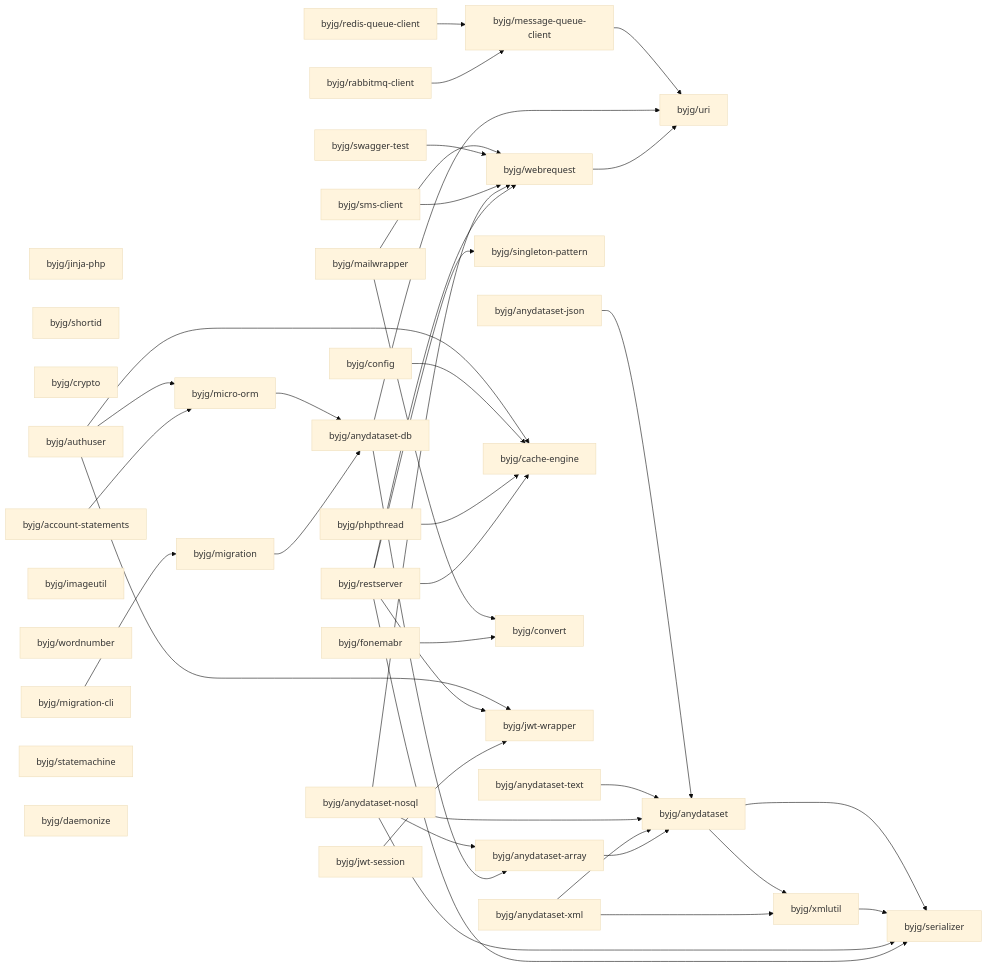
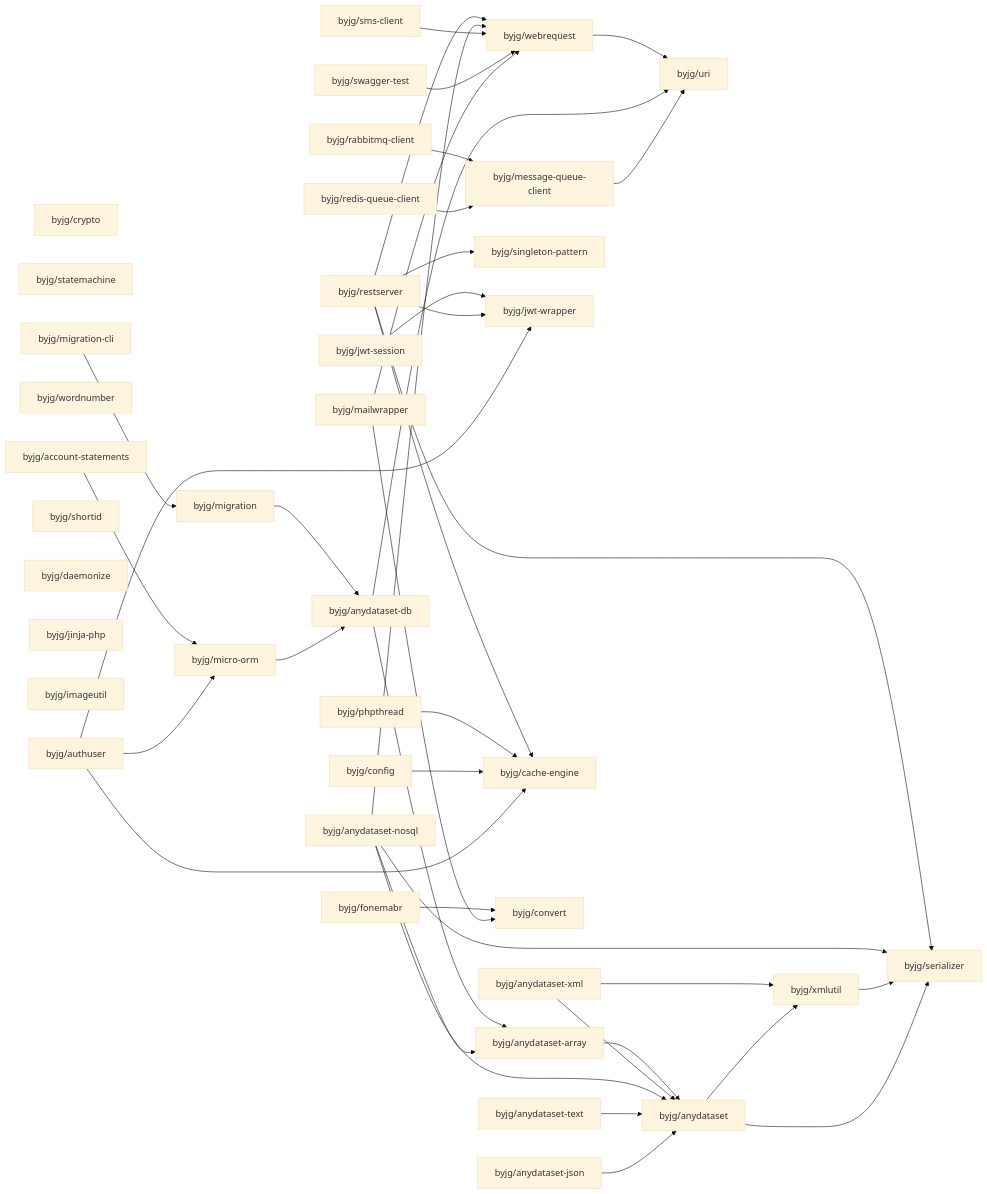
Before and after one commit to byjg/byjg.github.io: the diagram in docs/php/README.md, drawn with Mermaid (base theme). The commit also changed other lines of this file and 5 other files, not shown here.

````diff
--- a/docs/php/README.md
+++ b/docs/php/README.md
@@ -3,79 +3,79 @@
 ```mermaid
 graph LR;
-  byjg/sms-client;
+  byjg/anydataset-json;
+  byjg/rabbitmq-client;
+  byjg/anydataset-nosql;
+  byjg/config;
+  byjg/anydataset-text;
+  byjg/crypto;
+  byjg/statemachine;
+  byjg/anydataset-xml;
+  byjg/authuser;
+  byjg/wordnumber;
+  byjg/account-statements;
+  byjg/shortid;
+  byjg/jwt-session;
   byjg/restserver;
-  byjg/anydataset-json;
-  byjg/anydataset-text;
+  byjg/daemonize;
+  byjg/swagger-test;
   byjg/jinja-php;
-  byjg/shortid;
-  byjg/swagger-test;
-  byjg/rabbitmq-client;
-  byjg/crypto;
+  byjg/imageutil;
   byjg/fonemabr;
   byjg/redis-queue-client;
+  byjg/sms-client;
   byjg/phpthread;
+  byjg/mailwrapper;
   byjg/migration-cli;
-  byjg/authuser;
-  byjg/imageutil;
-  byjg/config;
-  byjg/wordnumber;
-  byjg/account-statements;
-  byjg/mailwrapper;
-  byjg/jwt-session;
-  byjg/statemachine;
-  byjg/anydataset-xml;
-  byjg/anydataset-nosql;
-  byjg/daemonize;
+  byjg/micro-orm;
   byjg/singleton-pattern;
+  byjg/jwt-wrapper;
   byjg/message-queue-client;
+  byjg/cache-engine;
+  byjg/convert;
+  byjg/webrequest;
   byjg/migration;
-  byjg/cache-engine;
-  byjg/micro-orm;
-  byjg/convert;
-  byjg/jwt-wrapper;
-  byjg/webrequest;
   byjg/anydataset-db;
   byjg/anydataset-array;
   byjg/uri;
   byjg/anydataset;
   byjg/xmlutil;
   byjg/serializer;
   byjg/account-statements --> byjg/micro-orm;
   byjg/fonemabr --> byjg/convert;
   byjg/webrequest --> byjg/uri;
   byjg/anydataset-array --> byjg/anydataset;
   byjg/anydataset-xml --> byjg/anydataset;
   byjg/anydataset-xml --> byjg/xmlutil;
   byjg/rabbitmq-client --> byjg/message-queue-client;
   byjg/redis-queue-client --> byjg/message-queue-client;
   byjg/jwt-session --> byjg/jwt-wrapper;
   byjg/anydataset-db --> byjg/anydataset-array;
   byjg/anydataset-db --> byjg/uri;
   byjg/restserver --> byjg/serializer;
   byjg/restserver --> byjg/singleton-pattern;
   byjg/restserver --> byjg/cache-engine;
   byjg/restserver --> byjg/webrequest;
   byjg/restserver --> byjg/jwt-wrapper;
   byjg/migration --> byjg/anydataset-db;
   byjg/anydataset-nosql --> byjg/anydataset;
   byjg/anydataset-nosql --> byjg/anydataset-array;
   byjg/anydataset-nosql --> byjg/serializer;
   byjg/anydataset-nosql --> byjg/webrequest;
   byjg/phpthread --> byjg/cache-engine;
   byjg/sms-client --> byjg/webrequest;
   byjg/swagger-test --> byjg/webrequest;
   byjg/migration-cli --> byjg/migration;
   byjg/config --> byjg/cache-engine;
   byjg/anydataset-text --> byjg/anydataset;
   byjg/micro-orm --> byjg/anydataset-db;
   byjg/authuser --> byjg/micro-orm;
   byjg/authuser --> byjg/cache-engine;
   byjg/authuser --> byjg/jwt-wrapper;
   byjg/anydataset-json --> byjg/anydataset;
   byjg/mailwrapper --> byjg/convert;
   byjg/mailwrapper --> byjg/webrequest;
   byjg/xmlutil --> byjg/serializer;
   byjg/anydataset --> byjg/serializer;
   byjg/anydataset --> byjg/xmlutil;
   byjg/message-queue-client --> byjg/uri;
 ```
````
